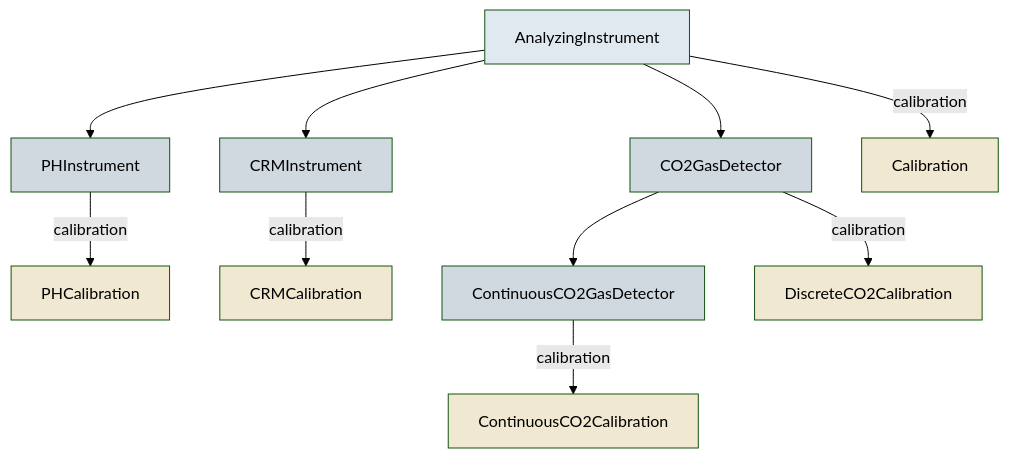
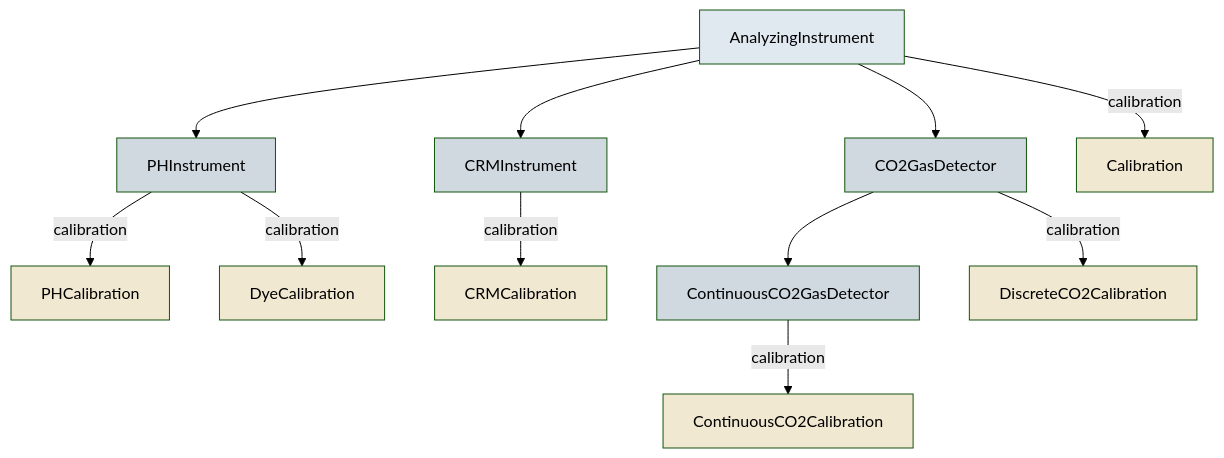
One commit to submarine-mrv/oae-data-protocol changed the diagram in src/docs/files/instruments-calibration/index.md. Above: the diagram before and after it, drawn with Mermaid (forest theme). The commit also changed other lines of this file and 9 other files, not shown here.

Commit message:
feat(schema): rename project research_project to name, add pH calibration standard and DyeCalibration

````diff
--- a/src/docs/files/instruments-calibration/index.md
+++ b/src/docs/files/instruments-calibration/index.md
@@ -10,25 +10,27 @@
 ```mermaid
 graph TD
     AI["AnalyzingInstrument"]
     AI --> PHI["PHInstrument"]
     AI --> CRMI["CRMInstrument"]
     AI --> CO2D["CO2GasDetector"]
     CO2D --> CCO2D["ContinuousCO2GasDetector"]
 
     AI -->|calibration| C["Calibration"]
     PHI -->|calibration| PHC["PHCalibration"]
+    PHI -->|calibration| DYEC["DyeCalibration"]
     CRMI -->|calibration| CRMC["CRMCalibration"]
     CO2D -->|calibration| DCO2C["DiscreteCO2Calibration"]
     CCO2D -->|calibration| CCO2C["ContinuousCO2Calibration"]
 
     style AI fill:#e0e8f0
     style PHI fill:#d0d8e0
     style CRMI fill:#d0d8e0
     style CO2D fill:#d0d8e0
     style CCO2D fill:#d0d8e0
     style C fill:#f0e8d0
     style PHC fill:#f0e8d0
+    style DYEC fill:#f0e8d0
     style CRMC fill:#f0e8d0
     style DCO2C fill:#f0e8d0
     style CCO2C fill:#f0e8d0
 ```
````
